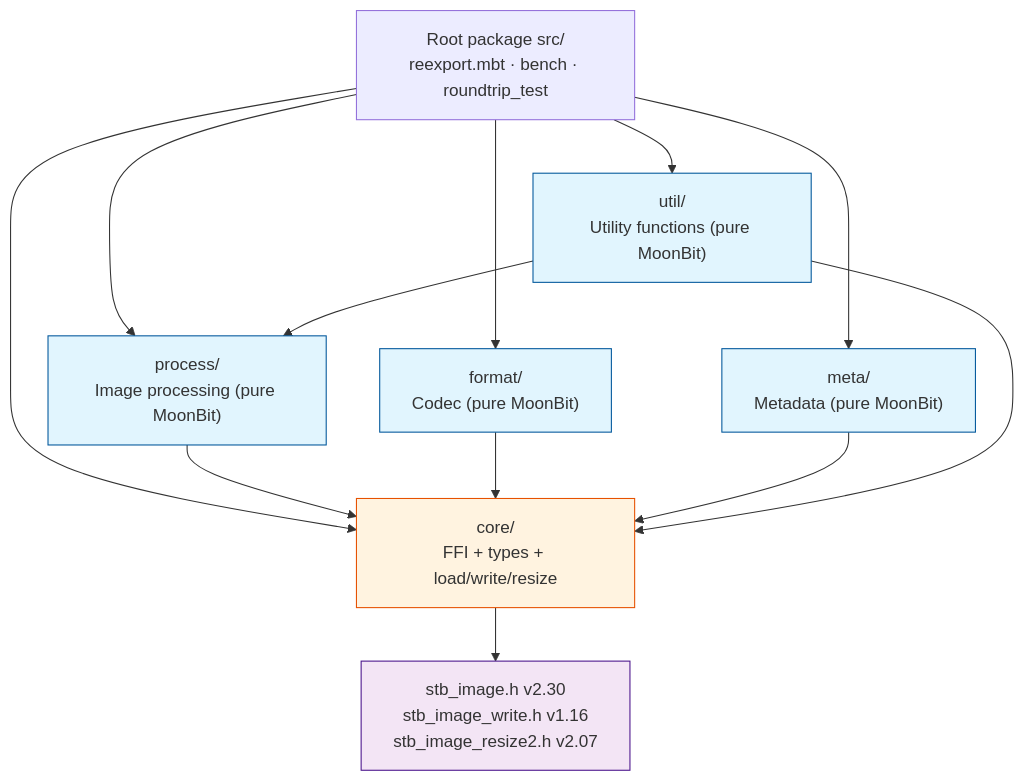
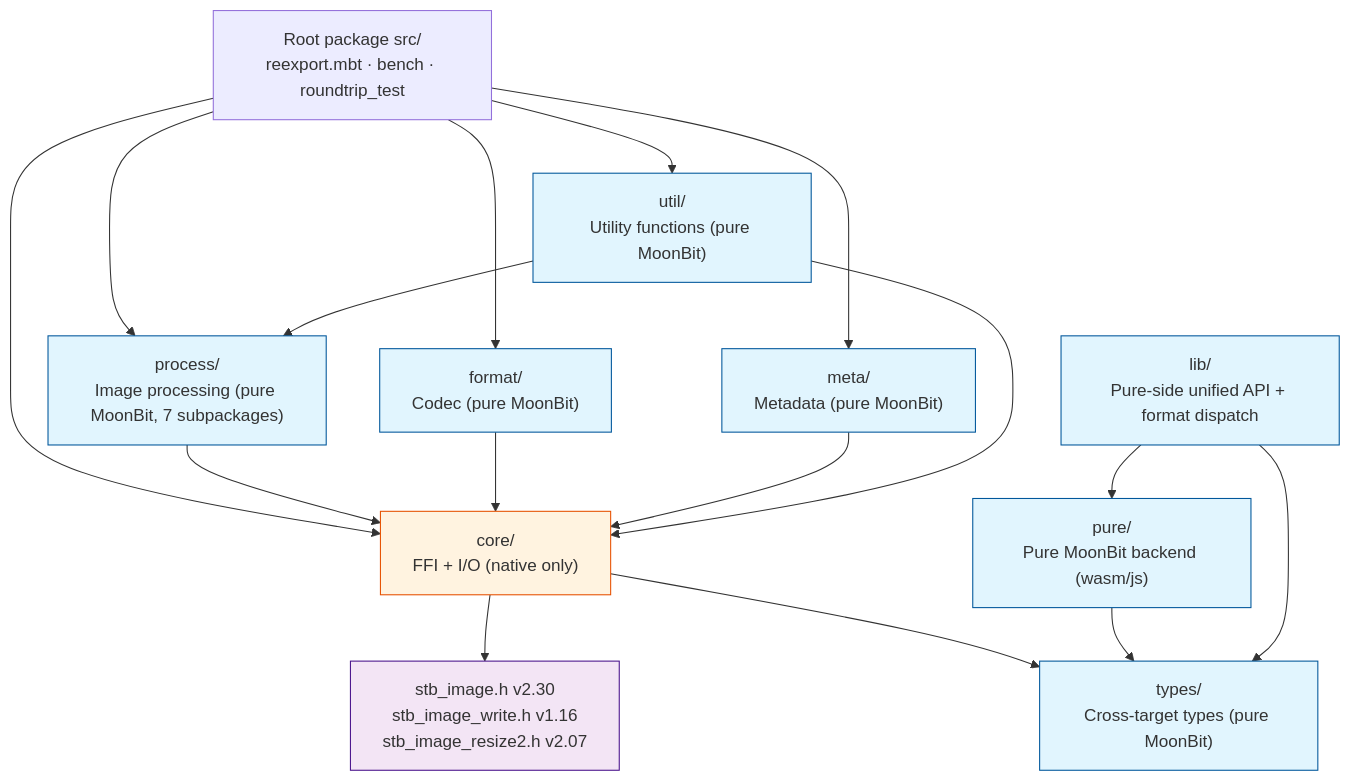
The third of 14 diagrams in ARCHITECTURE.en.md (toadium/stb-image), drawn with Mermaid before and after one commit. The commit also changed other lines of this file and 6 other files, not shown here.

````diff
--- a/ARCHITECTURE.en.md
+++ b/ARCHITECTURE.en.md
@@ -128,30 +144,37 @@
 ```mermaid
 flowchart TB
     Root["Root package src/<br/>reexport.mbt · bench · roundtrip_test"]
-    Core["core/<br/>FFI + types + load/write/resize"]
-    Process["process/<br/>Image processing (pure MoonBit)"]
+    Types["types/<br/>Cross-target types (pure MoonBit)"]
+    Core["core/<br/>FFI + I/O (native only)"]
+    Process["process/<br/>Image processing (pure MoonBit, 7 subpackages)"]
     Format["format/<br/>Codec (pure MoonBit)"]
     Meta["meta/<br/>Metadata (pure MoonBit)"]
     Util["util/<br/>Utility functions (pure MoonBit)"]
+    Pure["pure/<br/>Pure MoonBit backend (wasm/js)"]
+    Lib["lib/<br/>Pure-side unified API + format dispatch"]
 
     Root --> Core
     Root --> Process
     Root --> Format
     Root --> Meta
     Root --> Util
+    Core --> Types
+    Pure --> Types
+    Lib --> Types
+    Lib --> Pure
     Process --> Core
     Format --> Core
     Meta --> Core
     Util --> Core
     Util --> Process
 
     Stb["stb_image.h v2.30<br/>stb_image_write.h v1.16<br/>stb_image_resize2.h v2.07"]
     Core --> Stb
 
     classDef pure fill:#e1f5fe,stroke:#01579b
     classDef ffi fill:#fff3e0,stroke:#e65100
     classDef ext fill:#f3e5f5,stroke:#4a148c
-    class Process,Format,Meta,Util pure
+    class Types,Process,Format,Meta,Util,Pure,Lib pure
     class Core ffi
     class Stb ext
 ```
````
